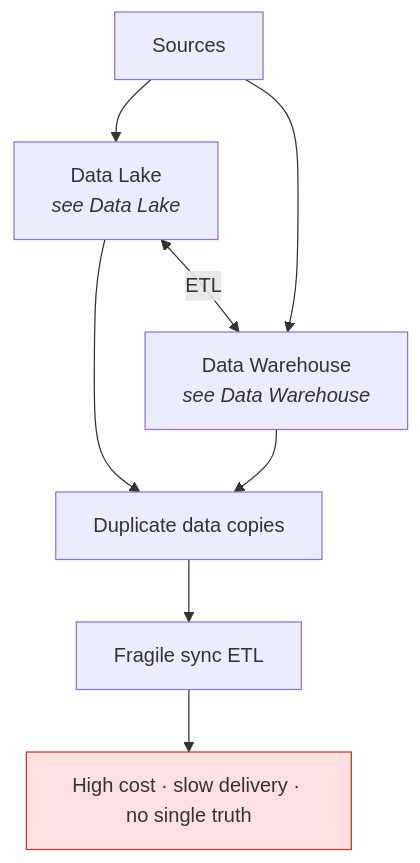
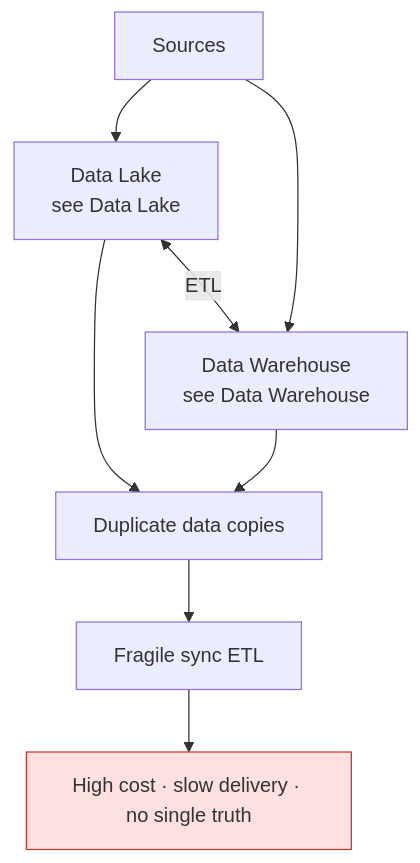
The first of 8 diagrams in data-architecture/data-lakehouse.md (adnanrahin/adnanrahin.github.io), drawn with Mermaid before and after one commit. The commit also changed other lines of this file and 3 other files, not shown here.

Commit message:
updated the flowchart

````diff
--- a/data-architecture/data-lakehouse.md
+++ b/data-architecture/data-lakehouse.md
@@ -28,18 +23,18 @@
 ```mermaid
 flowchart TD
     SRC["Sources"]
-    LAKE["Data Lake<br/><i>see Data Lake</i>"]
-    DWH["Data Warehouse<br/><i>see Data Warehouse</i>"]
+    LAKE["Data Lake<br/>see Data Lake"]
+    DWH["Data Warehouse<br/>see Data Warehouse"]
     DUP["Duplicate data copies"]
     ETL["Fragile sync ETL"]
     PAIN["High cost · slow delivery · no single truth"]
 
     SRC --> LAKE
     SRC --> DWH
     LAKE --> DUP
     DWH --> DUP
     LAKE <-->|ETL| DWH
     DUP --> ETL --> PAIN
 
     style PAIN fill:#FFE0E0,stroke:#C0392B
 ```
````
